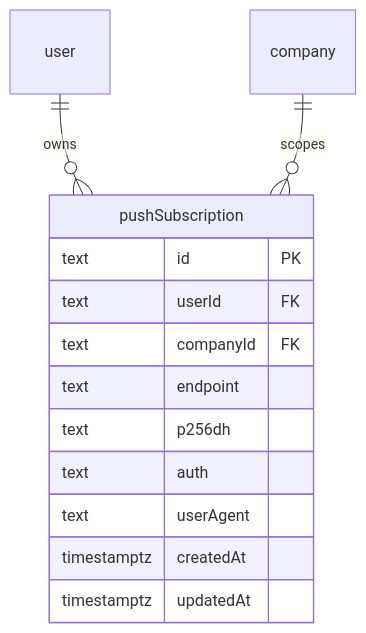
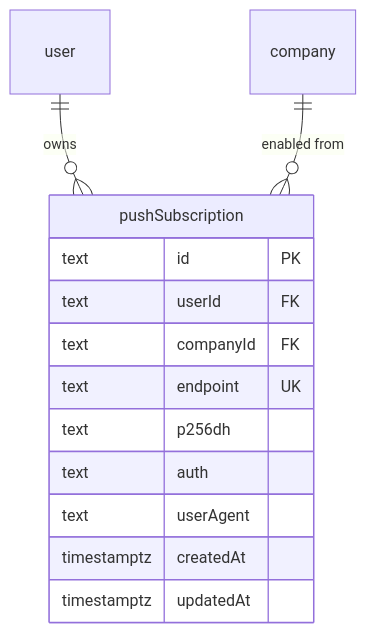
One commit to crbnos/carbon changed the second of 2 diagrams in .ai/specs/2026-10-08-web-push-notifications.md. Above: the diagram before and after it, drawn with Mermaid. The commit also changed other lines of this file, not shown here.

````diff
--- a/.ai/specs/2026-10-08-web-push-notifications.md
+++ b/.ai/specs/2026-10-08-web-push-notifications.md
@@ -119,16 +140,16 @@
 ```mermaid
 erDiagram
     user ||--o{ pushSubscription : "owns"
-    company ||--o{ pushSubscription : "scopes"
+    company ||--o{ pushSubscription : "enabled from"
     pushSubscription {
         text id PK
         text userId FK
         text companyId FK
-        text endpoint
+        text endpoint UK
         text p256dh
         text auth
         text userAgent
         timestamptz createdAt
         timestamptz updatedAt
     }
 ```
````
